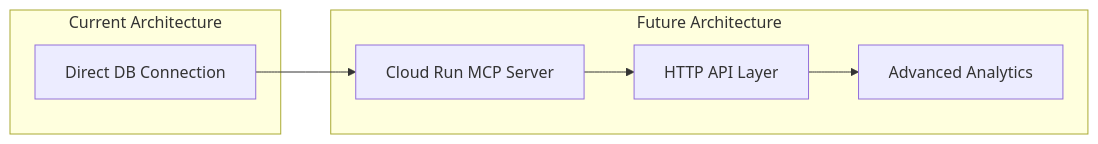
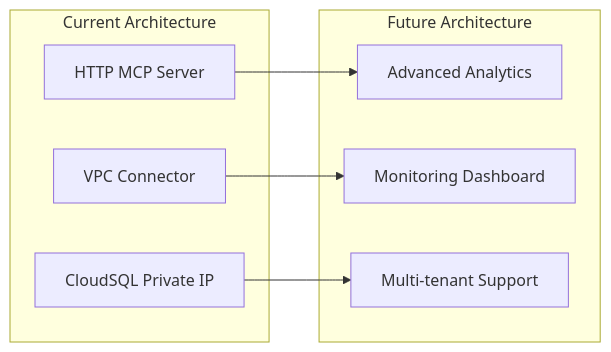
Before and after one commit to a-bailey-innovation/fin-advisor: the third of 3 diagrams in doc/architecture.md, drawn with Mermaid. The commit also changed other lines of this file and 44 other files, not shown here.

````diff
--- a/doc/architecture.md
+++ b/doc/architecture.md
@@ -253,16 +262,18 @@
 ```mermaid
 graph LR
     subgraph "Current Architecture"
-        A1[Direct DB Connection]
+        A1[HTTP MCP Server]
+        A2[VPC Connector]
+        A3[CloudSQL Private IP]
     end
     
     subgraph "Future Architecture"
-        A2[Cloud Run MCP Server]
-        A3[HTTP API Layer]
         A4[Advanced Analytics]
+        A5[Monitoring Dashboard]
+        A6[Multi-tenant Support]
     end
     
-    A1 --> A2
-    A2 --> A3
-    A3 --> A4
+    A1 --> A4
+    A2 --> A5
+    A3 --> A6
 ```
````
